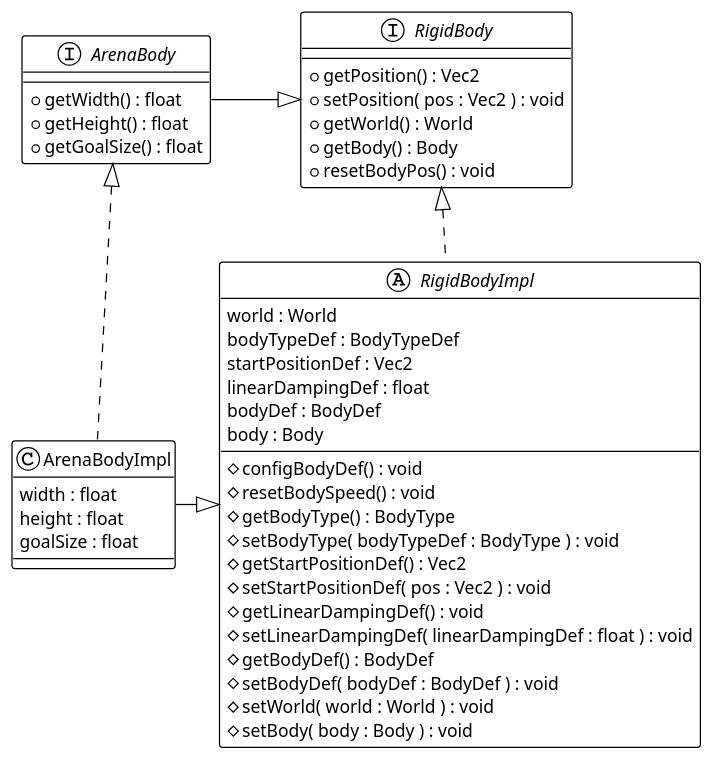
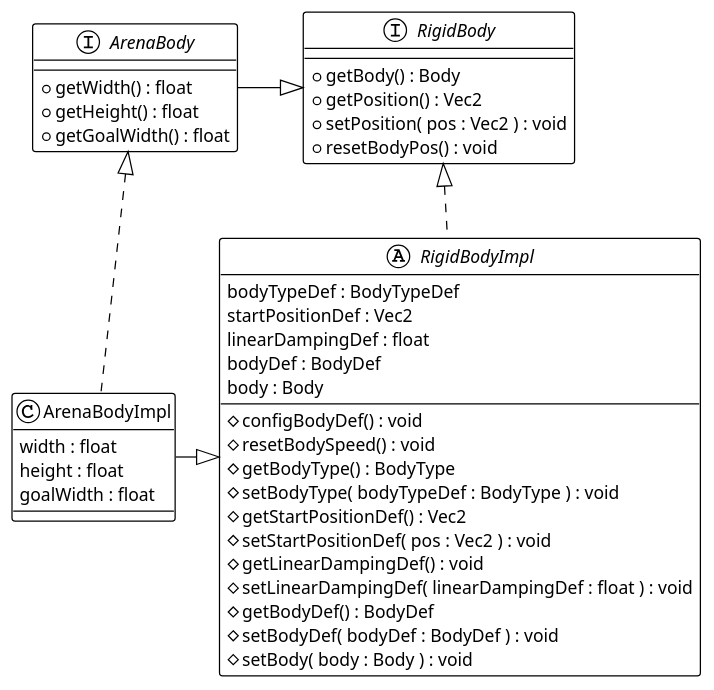
One commit to Borgotto/OOP21-air-hockey changed the fourth of 6 diagrams in UML/PlantUML-code/PhysicsUML.plantuml. Above: the diagram before and after it, drawn with PlantUML. The commit also changed other lines of this file, not shown here.

Commit message:
Update Physics UML

```diff
--- a/UML/PlantUML-code/PhysicsUML.plantuml
+++ b/UML/PlantUML-code/PhysicsUML.plantuml
@@ -95,51 +90,48 @@
 @startuml ArenaBody-implement
 !theme plain
 
 interface RigidBody{
+    + getBody() : Body
     + getPosition() : Vec2
     + setPosition( pos : Vec2 ) : void
-    + getWorld() : World
-    + getBody() : Body
     + resetBodyPos() : void
 }
 
 interface ArenaBody{
     + getWidth() : float
     + getHeight() : float
-    + getGoalSize() : float
+    + getGoalWidth() : float
 }
 
 abstract class RigidBodyImpl{
-    world : World
     bodyTypeDef : BodyTypeDef
     startPositionDef : Vec2
     linearDampingDef : float
     bodyDef : BodyDef
     body : Body
 
     # configBodyDef() : void
     # resetBodySpeed() : void
     # getBodyType() : BodyType
     # setBodyType( bodyTypeDef : BodyType ) : void
     # getStartPositionDef() : Vec2
     # setStartPositionDef( pos : Vec2 ) : void
     # getLinearDampingDef() : void
     # setLinearDampingDef( linearDampingDef : float ) : void
     # getBodyDef() : BodyDef
     # setBodyDef( bodyDef : BodyDef ) : void
-    # setWorld( world : World ) : void
     # setBody( body : Body ) : void
 }
 
 class ArenaBodyImpl{
     width : float
     height : float
-    goalSize : float
+    goalWidth : float
 }
 
 ArenaBody -R-|> RigidBody
 RigidBodyImpl .U.|> RigidBody
 ArenaBodyImpl .U.|> ArenaBody
 ArenaBodyImpl -R-|> RigidBodyImpl
 
 @enduml
```
